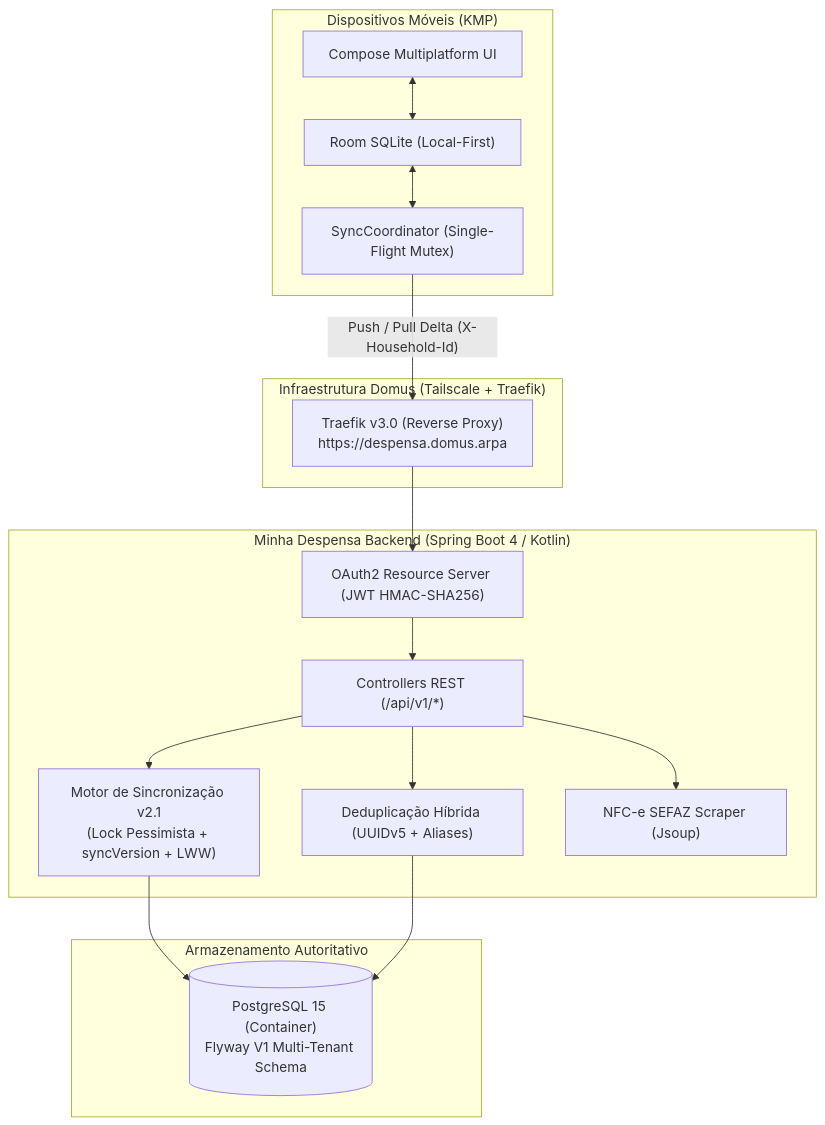
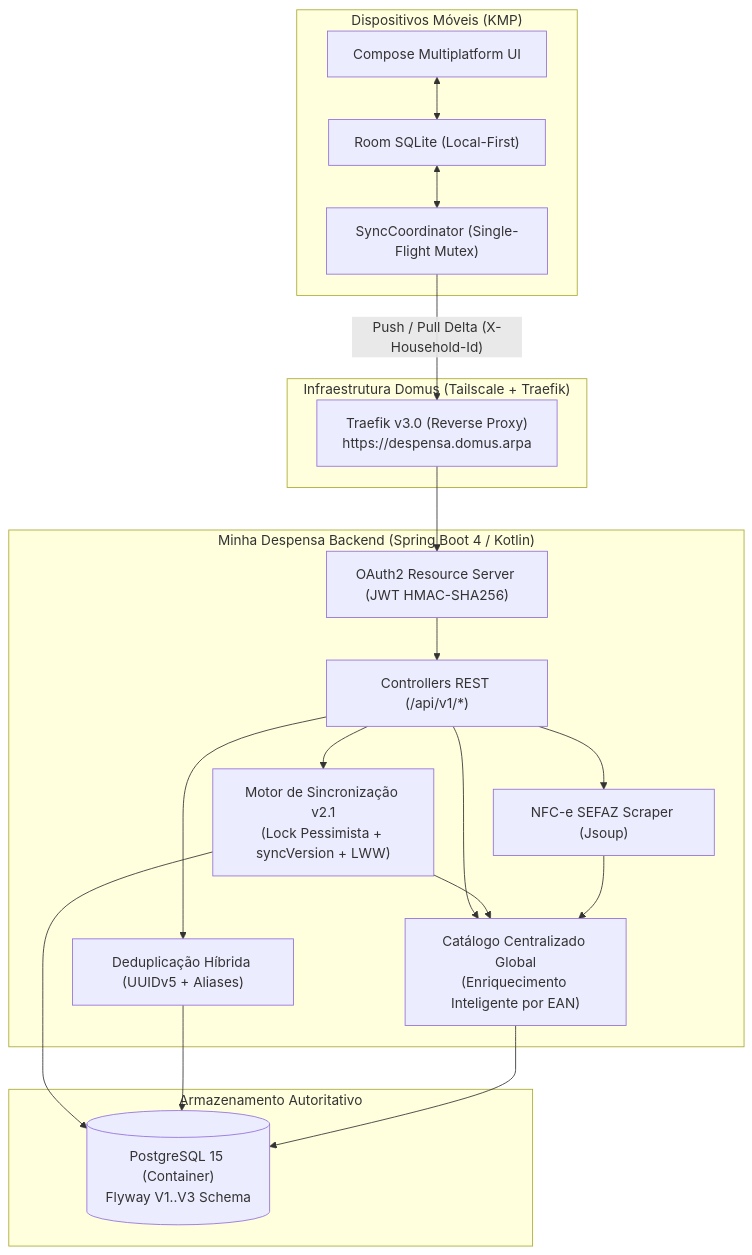
One commit to bitlabbr/Minha-Despensa-Backend changed the first of 3 diagrams in Minha-Despensa-Backend.md. Above: the diagram before and after it, drawn with Mermaid. The commit also changed other lines of this file, not shown here.

First line of the commit message:
docs(catalog): document global product catalog endpoints and architecture

````diff
--- a/Minha-Despensa-Backend.md
+++ b/Minha-Despensa-Backend.md
@@ -15,32 +15,34 @@
 ```mermaid
 flowchart TD
     subgraph Client["Dispositivos Móveis (KMP)"]
         UI["Compose Multiplatform UI"]
         Room["Room SQLite (Local-First)"]
         SyncWorker["SyncCoordinator (Single-Flight Mutex)"]
         UI <--> Room
         Room <--> SyncWorker
     end
 
     subgraph Network["Infraestrutura Domus (Tailscale + Traefik)"]
         Traefik["Traefik v3.0 (Reverse Proxy)<br/>https://despensa.domus.arpa"]
     end
 
     subgraph Backend["Minha Despensa Backend (Spring Boot 4 / Kotlin)"]
         Security["OAuth2 Resource Server (JWT HMAC-SHA256)"]
         API["Controllers REST (/api/v1/*)"]
         Engine["Motor de Sincronização v2.1<br/>(Lock Pessimista + syncVersion + LWW)"]
         Dedupe["Deduplicação Híbrida (UUIDv5 + Aliases)"]
+        GlobalCat["Catálogo Centralizado Global<br/>(Enriquecimento Inteligente por EAN)"]
         Scraper["NFC-e SEFAZ Scraper (Jsoup)"]
         Security --> API
-        API --> Engine & Dedupe & Scraper
+        API --> Engine & Dedupe & GlobalCat & Scraper
+        Engine & Scraper --> GlobalCat
     end
 
     subgraph Storage["Armazenamento Autoritativo"]
-        Postgres[("PostgreSQL 15 (Container)<br/>Flyway V1 Multi-Tenant Schema")]
-        Engine & Dedupe --> Postgres
+        Postgres[("PostgreSQL 15 (Container)<br/>Flyway V1..V3 Schema")]
+        Engine & Dedupe & GlobalCat --> Postgres
     end
 
     SyncWorker -- "Push / Pull Delta (X-Household-Id)" --> Traefik
     Traefik --> Security
 ```
````
